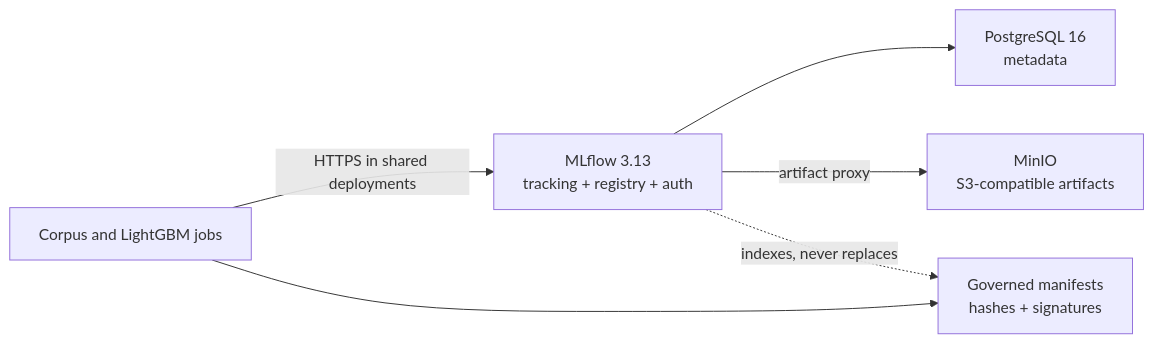
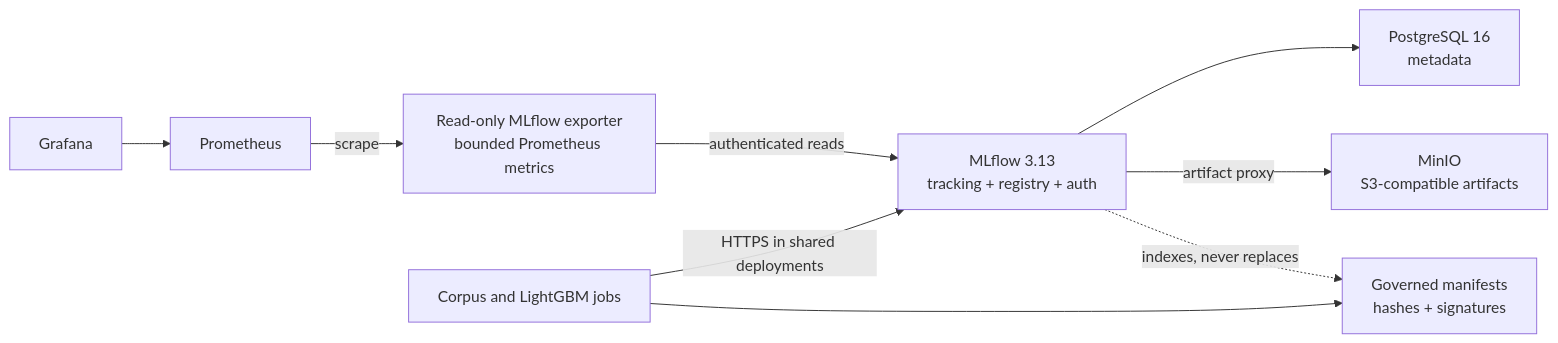
One commit to khab40/lob-arena changed the diagram in docs/mlflow-tracking-server.md. Above: the diagram before and after it, drawn with Mermaid. The commit also changed other lines of this file and 13 other files, not shown here.

Commit message:
add MLflow Prometheus telemetry

````diff
--- a/docs/mlflow-tracking-server.md
+++ b/docs/mlflow-tracking-server.md
@@ -11,14 +11,20 @@
 ```mermaid
 flowchart LR
     Clients["Corpus and LightGBM jobs"]
     MLflow["MLflow 3.13<br/>tracking + registry + auth"]
     PostgreSQL["PostgreSQL 16<br/>metadata"]
     MinIO["MinIO<br/>S3-compatible artifacts"]
+    Exporter["Read-only MLflow exporter<br/>bounded Prometheus metrics"]
+    Prometheus["Prometheus"]
+    Grafana["Grafana"]
     Contracts["Governed manifests<br/>hashes + signatures"]
 
     Clients -->|"HTTPS in shared deployments"| MLflow
     MLflow --> PostgreSQL
     MLflow -->|"artifact proxy"| MinIO
+    Exporter -->|"authenticated reads"| MLflow
+    Prometheus -->|"scrape"| Exporter
+    Grafana --> Prometheus
     Clients --> Contracts
     MLflow -. "indexes, never replaces" .-> Contracts
 ```
````
